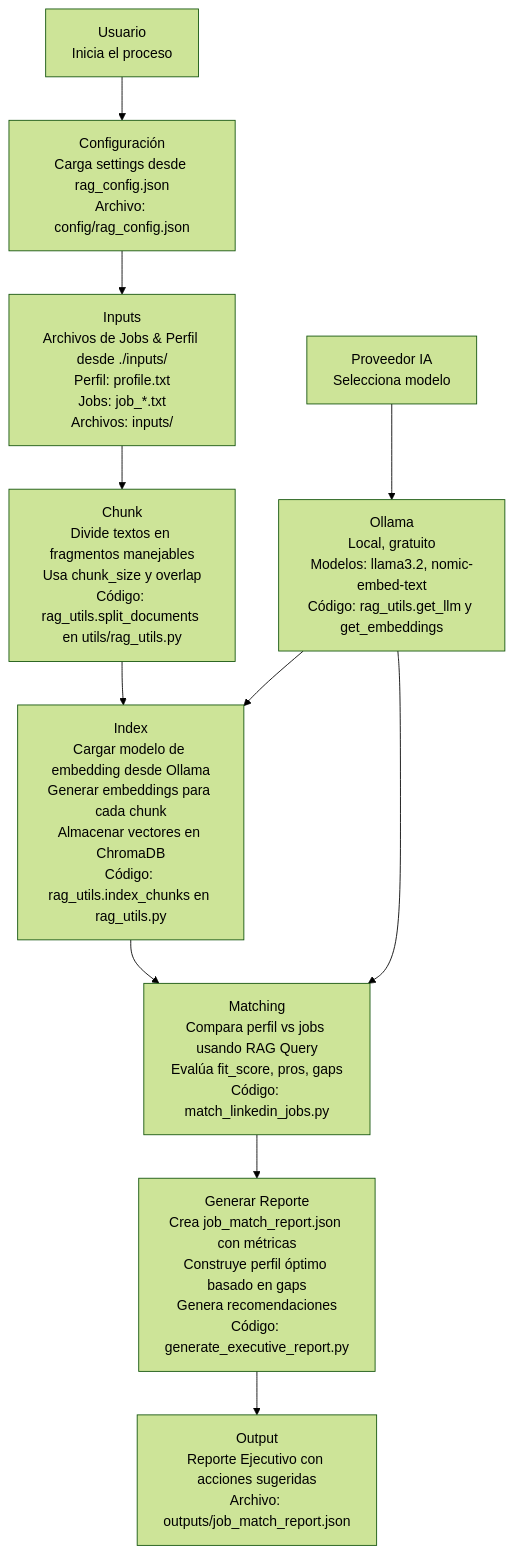
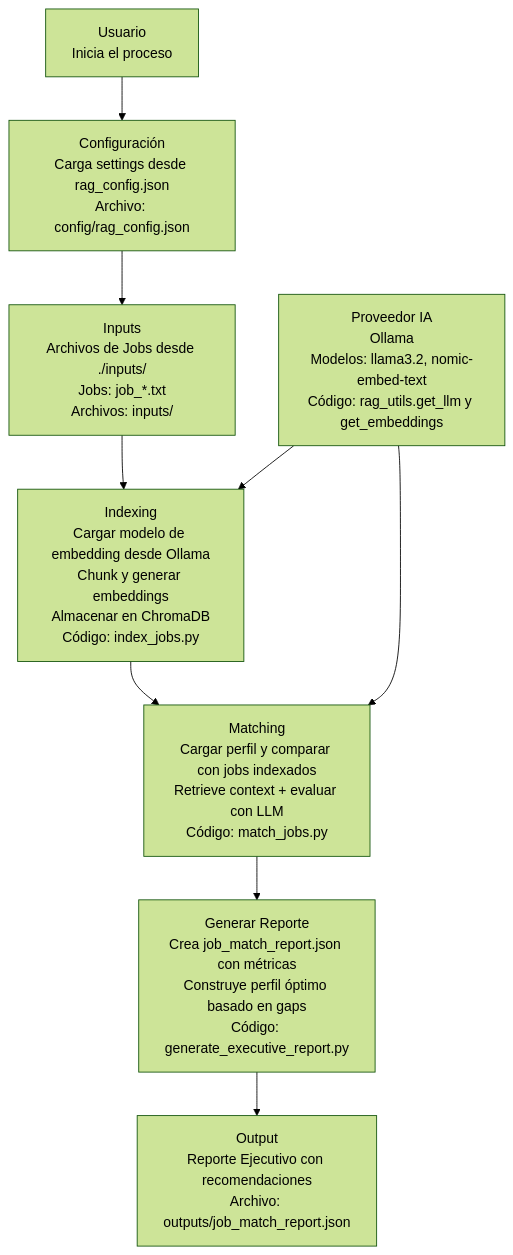
The diagram in README.md (CristopherAn/por_ia), drawn with Mermaid (forest theme) before and after one commit. The commit also changed other lines of this file and 2 other files, not shown here.

Commit message:
Separate indexing and matching into distinct scripts and update documentation

````diff
--- a/README.md
+++ b/README.md
@@ -11,18 +11,18 @@
 ```mermaid
 flowchart TD
     A[Usuario<br/>Inicia el proceso] --> B[Configuración<br/>Carga settings desde rag_config.json<br/>Archivo: config/rag_config.json]
-    B --> C[Inputs<br/>Archivos de Jobs & Perfil desde ./inputs/<br/>Perfil: profile.txt<br/>Jobs: job_*.txt<br/>Archivos: inputs/]
+    B --> C[Inputs<br/>Archivos de Jobs desde ./inputs/<br/>Jobs: job_*.txt<br/>Archivos: inputs/]
     
-    C --> D[Chunk<br/>Divide textos en fragmentos manejables<br/>Usa chunk_size y overlap<br/>Código: rag_utils.split_documents en utils/rag_utils.py]
-    D --> E[Index<br/>Cargar modelo de embedding desde Ollama<br/>Generar embeddings para cada chunk<br/>Almacenar vectores en ChromaDB<br/>Código: rag_utils.index_chunks en rag_utils.py]
+    C --> D[Indexing<br/>Cargar modelo de embedding desde Ollama<br/>Chunk y generar embeddings<br/>Almacenar en ChromaDB<br/>Código: index_jobs.py]
     
-    E --> F[Matching<br/>Compara perfil vs jobs usando RAG Query<br/>Evalúa fit_score, pros, gaps<br/>Código: match_linkedin_jobs.py]
-    F --> G[Generar Reporte<br/>Crea job_match_report.json con métricas<br/>Construye perfil óptimo basado en gaps<br/>Genera recomendaciones<br/>Código: generate_executive_report.py]
+    D --> E[Matching<br/>Cargar perfil y comparar con jobs indexados<br/>Retrieve context + evaluar con LLM<br/>Código: match_jobs.py]
     
-    H[Proveedor IA<br/>Selecciona modelo] --> I[Ollama<br/>Local, gratuito<br/>Modelos: llama3.2, nomic-embed-text<br/>Código: rag_utils.get_llm y get_embeddings]
+    E --> F[Generar Reporte<br/>Crea job_match_report.json con métricas<br/>Construye perfil óptimo basado en gaps<br/>Código: generate_executive_report.py]
     
-    I --> E
-    I --> F
+    G[Proveedor IA<br/>Ollama<br/>Modelos: llama3.2, nomic-embed-text<br/>Código: rag_utils.get_llm y get_embeddings]
     
-    G --> J[Output<br/>Reporte Ejecutivo con acciones sugeridas<br/>Archivo: outputs/job_match_report.json]
+    G --> D
+    G --> E
+    
+    F --> H[Output<br/>Reporte Ejecutivo con recomendaciones<br/>Archivo: outputs/job_match_report.json]
 ```
````
